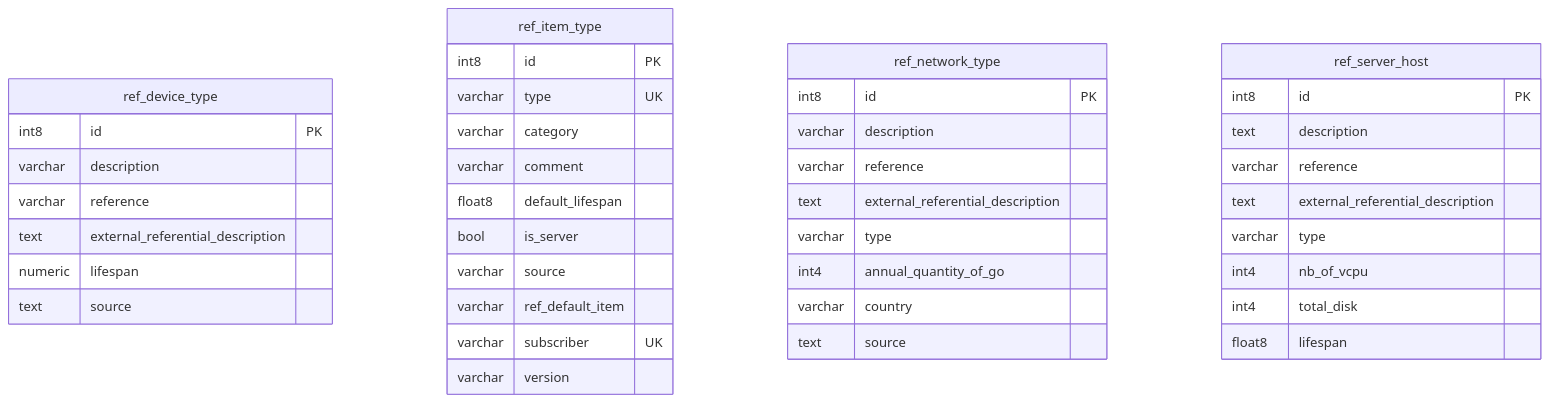
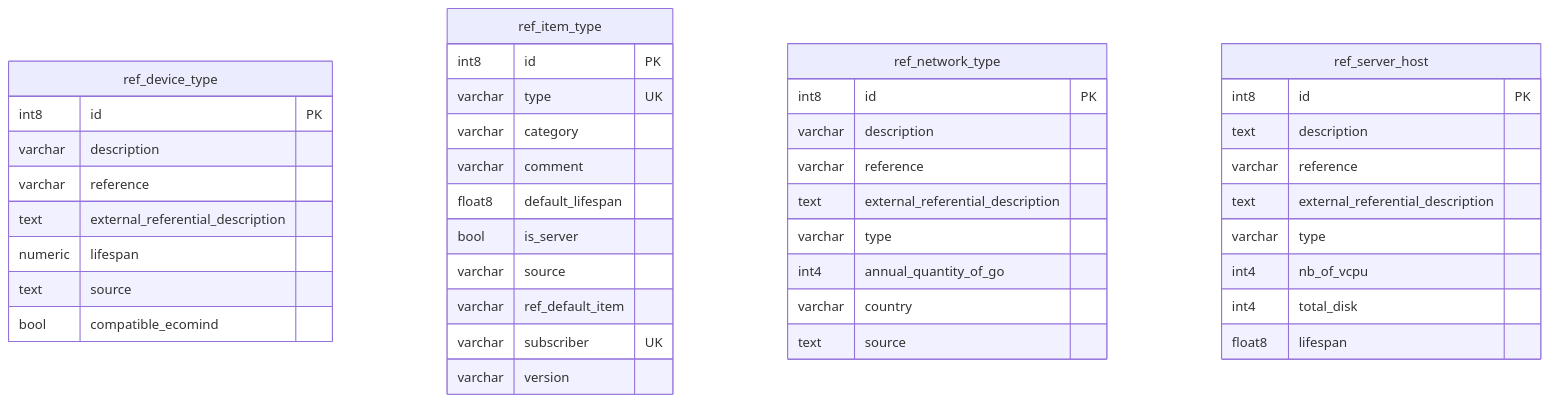
One commit to teamg4it/g4it changed the diagram in services/documentation/content/3-technical-documentation/4-backend_documentation/db_documentation/referential/digital_service_definition/_index.md. Above: the diagram before and after it, drawn with Mermaid. The commit also changed other lines of this file and 13 other files, not shown here.

````diff
--- a/services/documentation/content/3-technical-documentation/4-backend_documentation/db_documentation/referential/digital_service_definition/_index.md
+++ b/services/documentation/content/3-technical-documentation/4-backend_documentation/db_documentation/referential/digital_service_definition/_index.md
@@ -8,44 +8,45 @@
 ```mermaid
 erDiagram 
 
   ref_device_type {
     int8 id PK
     varchar description
     varchar reference
     text external_referential_description
     numeric lifespan
     text source
+    bool compatible_ecomind
   }
   ref_item_type {
     int8 id PK
     varchar type UK
     varchar category
     varchar comment
     float8 default_lifespan
     bool is_server
     varchar source
     varchar ref_default_item
     varchar subscriber UK
     varchar version
   }
   ref_network_type {
     int8 id PK
     varchar description
     varchar reference
     text external_referential_description
     varchar type
     int4 annual_quantity_of_go
     varchar country
     text source
   }
   ref_server_host {
     int8 id PK
     text description
     varchar reference
     text external_referential_description
     varchar type
     int4 nb_of_vcpu
     int4 total_disk
     float8 lifespan
   }
 ``` 
````
